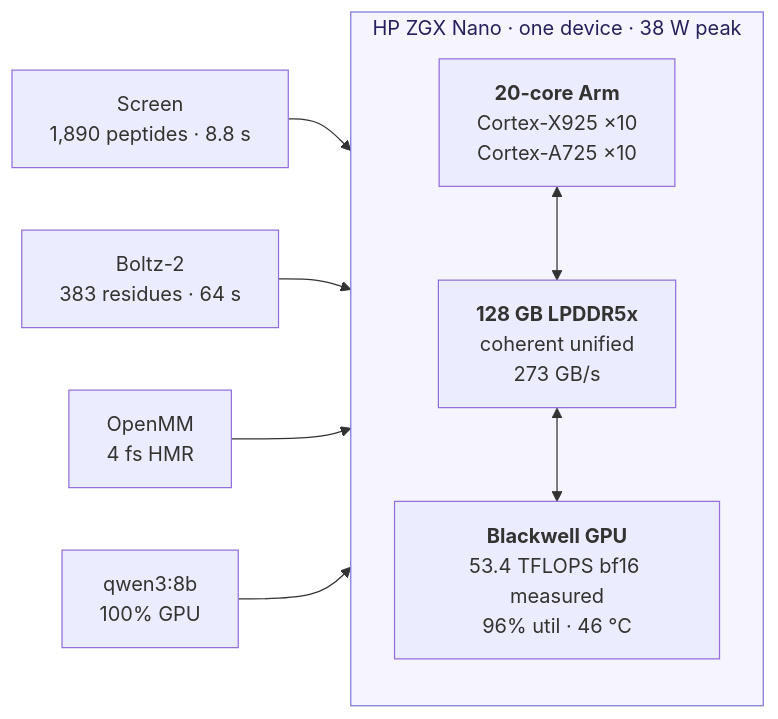
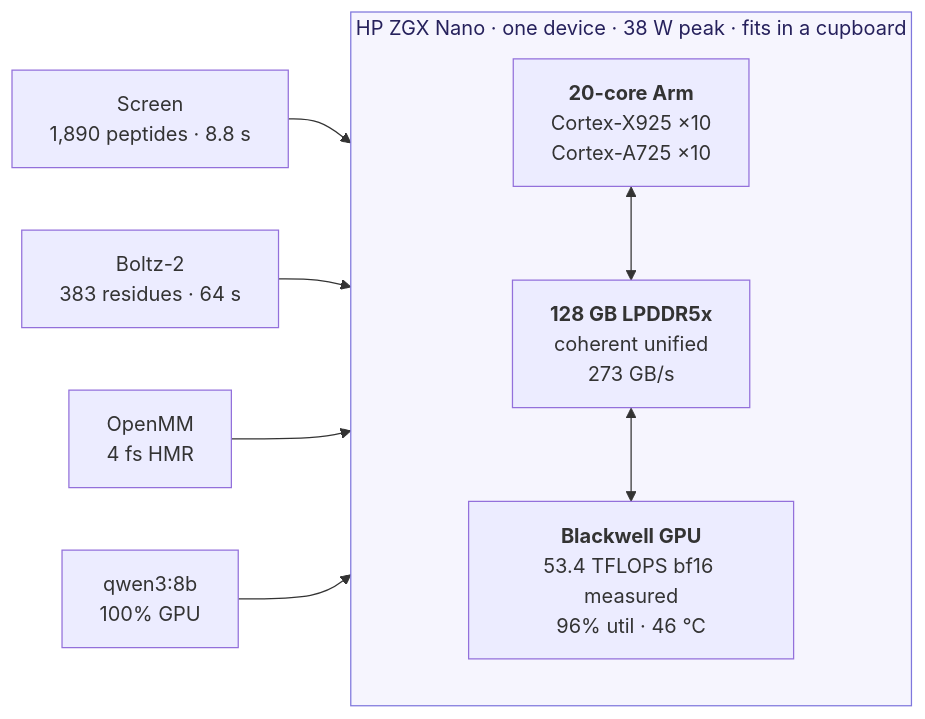
Before and after one commit to nitishsjsucs/neofold-edge: the sixth of 7 diagrams in README.md, drawn with Mermaid. The commit also changed other lines of this file and 1 other file, not shown here.

````diff
--- a/README.md
+++ b/README.md
@@ -262,15 +336,15 @@
 ```mermaid
 flowchart LR
-    subgraph N["HP ZGX Nano · one device · 38 W peak"]
+    subgraph N["HP ZGX Nano · one device · 38 W peak · fits in a cupboard"]
         direction TB
         cpu["<b>20-core Arm</b><br/>Cortex-X925 ×10<br/>Cortex-A725 ×10"]
+        mem["<b>128 GB LPDDR5x</b><br/>coherent unified<br/>273 GB/s"]
         gpu["<b>Blackwell GPU</b><br/>53.4 TFLOPS bf16 measured<br/>96% util · 46 °C"]
-        mem["<b>128 GB LPDDR5x</b><br/>coherent unified<br/>273 GB/s"]
         cpu <--> mem <--> gpu
     end
     S["Screen<br/>1,890 peptides · 8.8 s"] --> cpu
     B["Boltz-2<br/>383 residues · 64 s"] --> gpu
     O["OpenMM<br/>4 fs HMR"] --> gpu
     L["qwen3:8b<br/>100% GPU"] --> gpu
     style N fill:#f6f5fe,stroke:#7f77dd,color:#26215c
 ```
````
